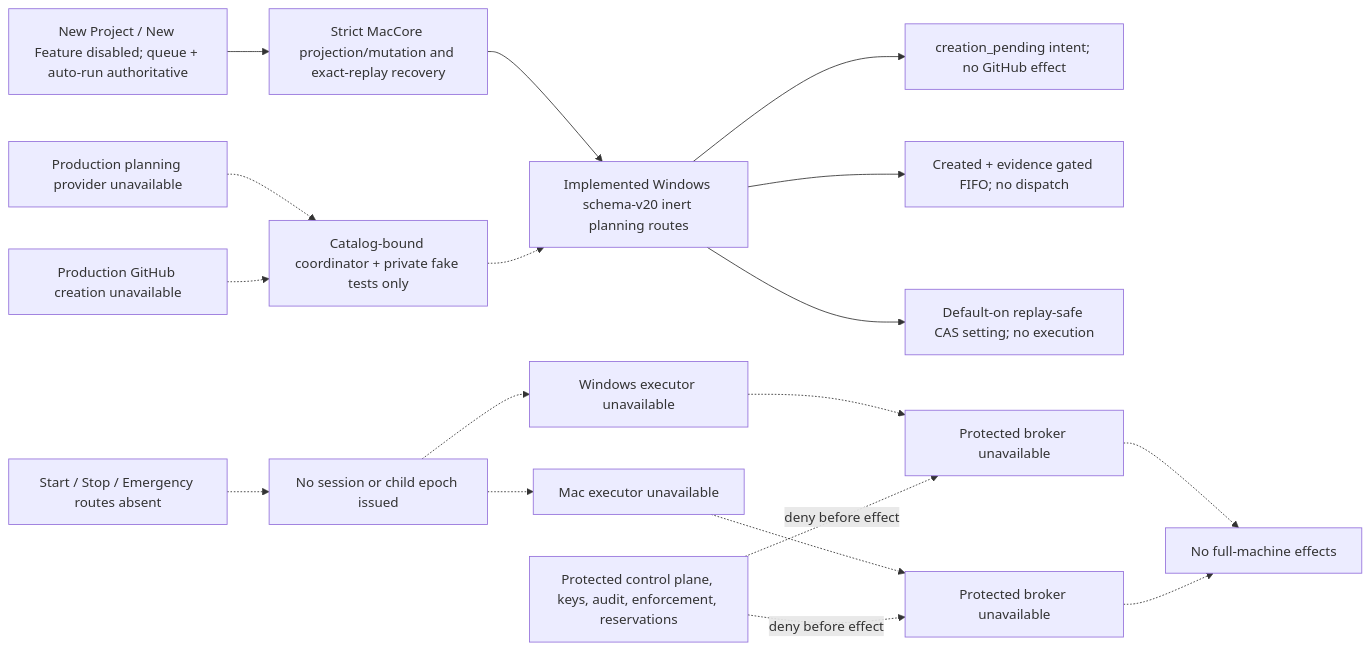
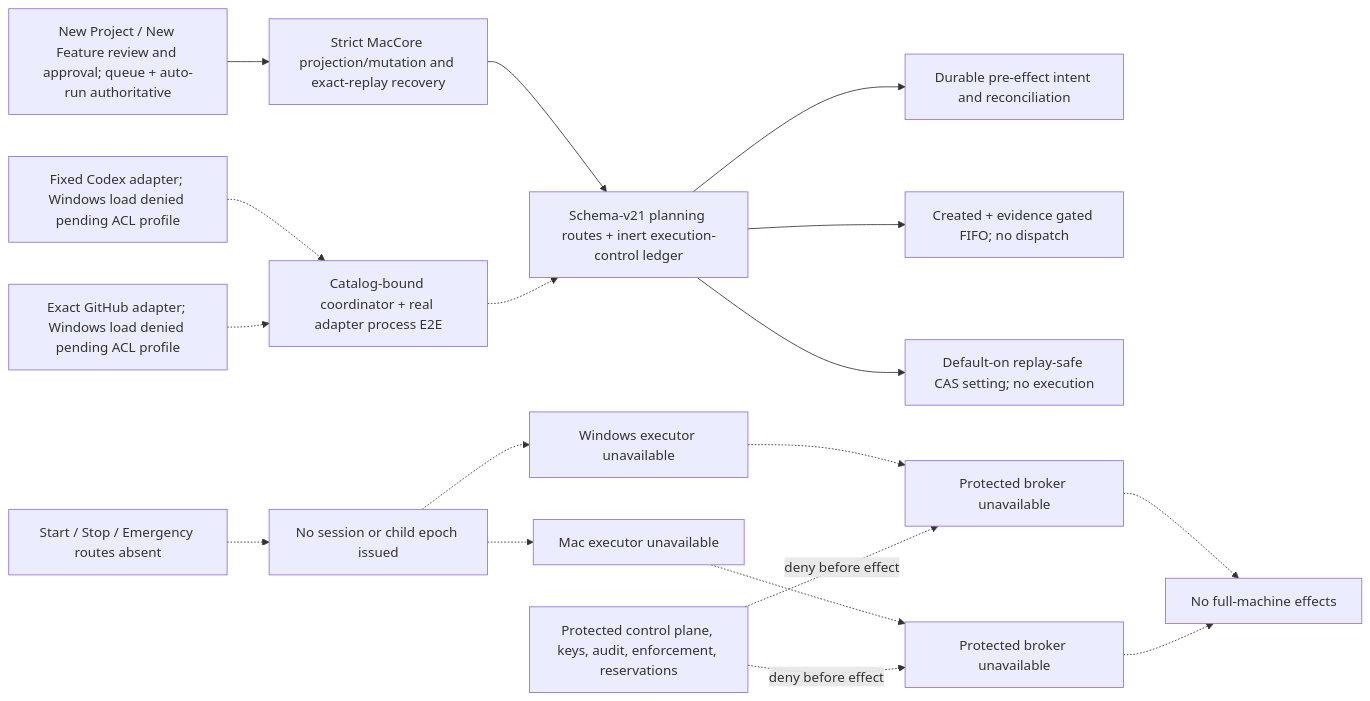
One commit to malak333/Assemblywright changed the first of 3 diagrams in docs/architecture-map.md. Above: the diagram before and after it, drawn with Mermaid. The commit also changed other lines of this file and 63 other files, not shown here.

Commit message:
Build fail-closed Assembly Line planning and execution foundation

````diff
--- a/docs/architecture-map.md
+++ b/docs/architecture-map.md
@@ -16,20 +34,20 @@
 ```mermaid
 flowchart LR
-  UI["New Project / New Feature disabled; queue + auto-run authoritative"] --> MacCore["Strict MacCore projection/mutation and exact-replay recovery"]
-  MacCore --> Master["Implemented Windows schema-v20 inert planning routes"]
-  Master --> Intent["creation_pending intent; no GitHub effect"]
+  UI["New Project / New Feature review and approval; queue + auto-run authoritative"] --> MacCore["Strict MacCore projection/mutation and exact-replay recovery"]
+  MacCore --> Master["Schema-v21 planning routes + inert execution-control ledger"]
+  Master --> Intent["Durable pre-effect intent and reconciliation"]
   Master --> FIFO["Created + evidence gated FIFO; no dispatch"]
   Master --> AutoRun["Default-on replay-safe CAS setting; no execution"]
-  Seam["Catalog-bound coordinator + private fake tests only"] -.-> Master
-  Brainstorm["Production planning provider unavailable"] -.-> Seam
-  GitHub["Production GitHub creation unavailable"] -.-> Seam
+  Seam["Catalog-bound coordinator + real adapter process E2E"] -.-> Master
+  Brainstorm["Fixed Codex adapter; Windows load denied pending ACL profile"] -.-> Seam
+  GitHub["Exact GitHub adapter; Windows load denied pending ACL profile"] -.-> Seam
   Line["Start / Stop / Emergency routes absent"] -.-> Epoch["No session or child epoch issued"]
   Epoch -.-> WinExecutor["Windows executor unavailable"]
   Epoch -.-> MacExecutor["Mac executor unavailable"]
   WinExecutor -.-> WinBroker["Protected broker unavailable"]
   MacExecutor -.-> MacBroker["Protected broker unavailable"]
   WinBroker -.-> Effects["No full-machine effects"]
   MacBroker -.-> Effects
   Protected["Protected control plane, keys, audit, enforcement, reservations"] -. "deny before effect" .-> WinBroker
   Protected -. "deny before effect" .-> MacBroker
 ```
````
